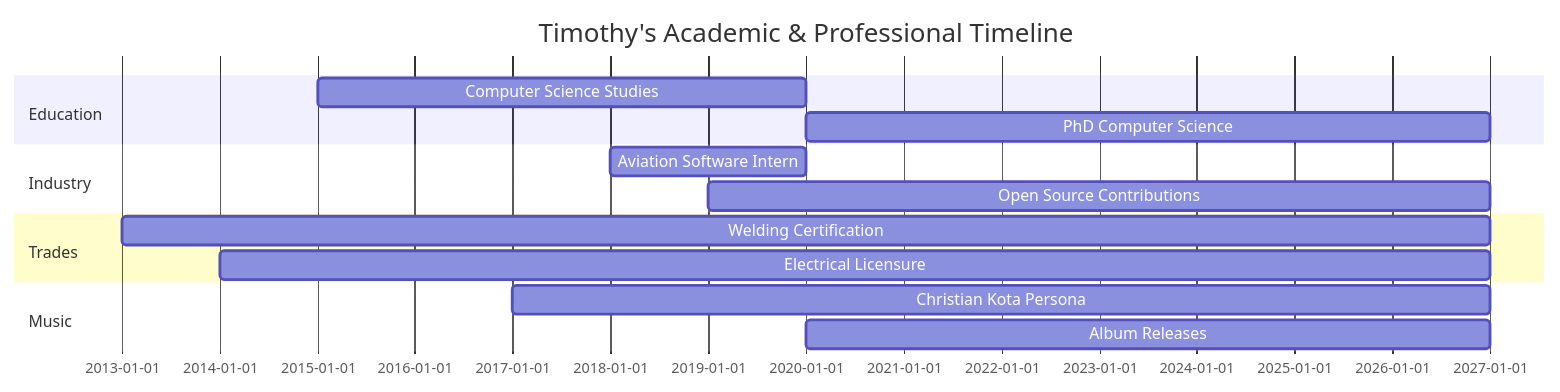
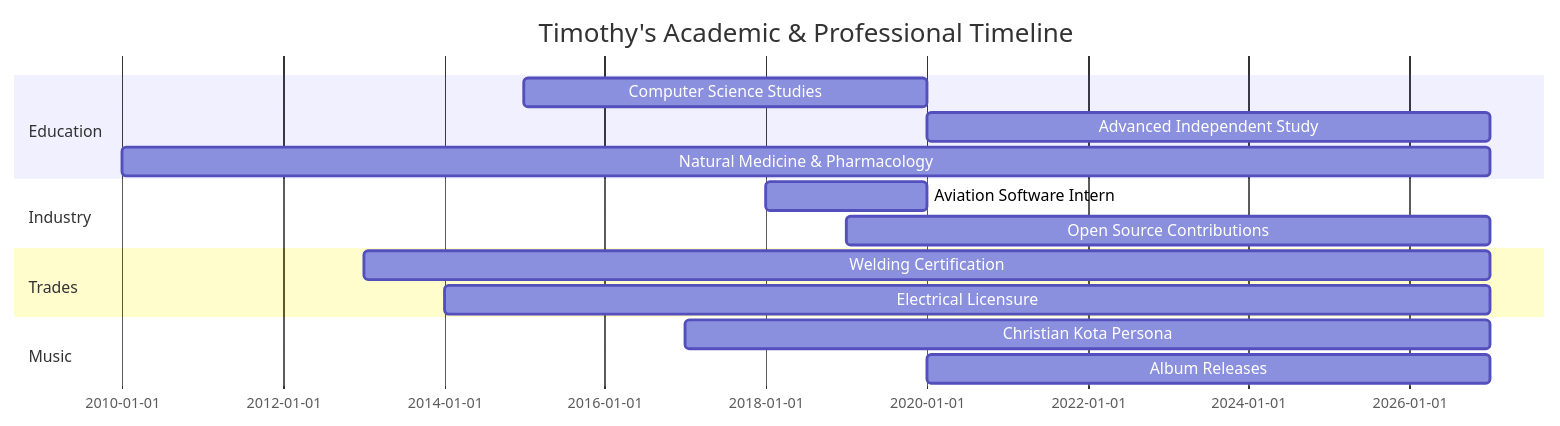
The fourth of 11 diagrams in README.md (Tim-Spurlin/Christian-Kota-Contributions-Snapshot), drawn with Mermaid before and after one commit. The commit also changed other lines of this file and 2 other files, not shown here.

Commit message:
Remove PhD student references and update with natural medicine focus

````diff
--- a/README.md
+++ b/README.md
@@ -190,17 +193,18 @@
 ```mermaid
 gantt
     title Timothy's Academic & Professional Timeline
     dateFormat YYYY
     section Education
     Computer Science Studies   :2015, 2020
-    PhD Computer Science       :2020, 2027
+    Advanced Independent Study :2020, 2027
+    Natural Medicine & Pharmacology :2010, 2027
     section Industry
     Aviation Software Intern   :2018, 2020
     Open Source Contributions  :2019, 2027
     section Trades
     Welding Certification     :2013, 2027
     Electrical Licensure      :2014, 2027
     section Music
     Christian Kota Persona    :2017, 2027
     Album Releases            :2020, 2027
 ```
````
